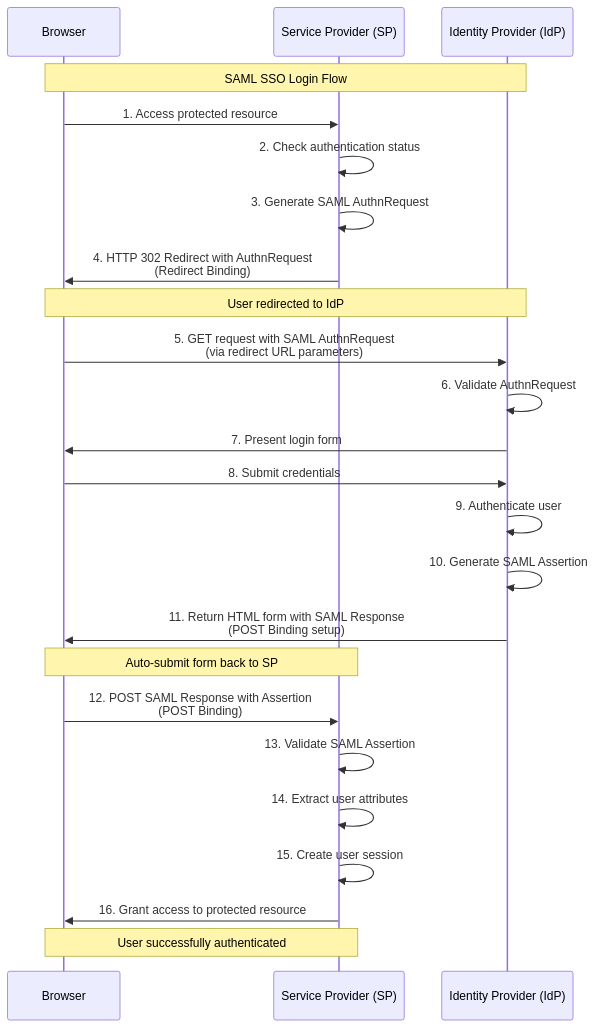
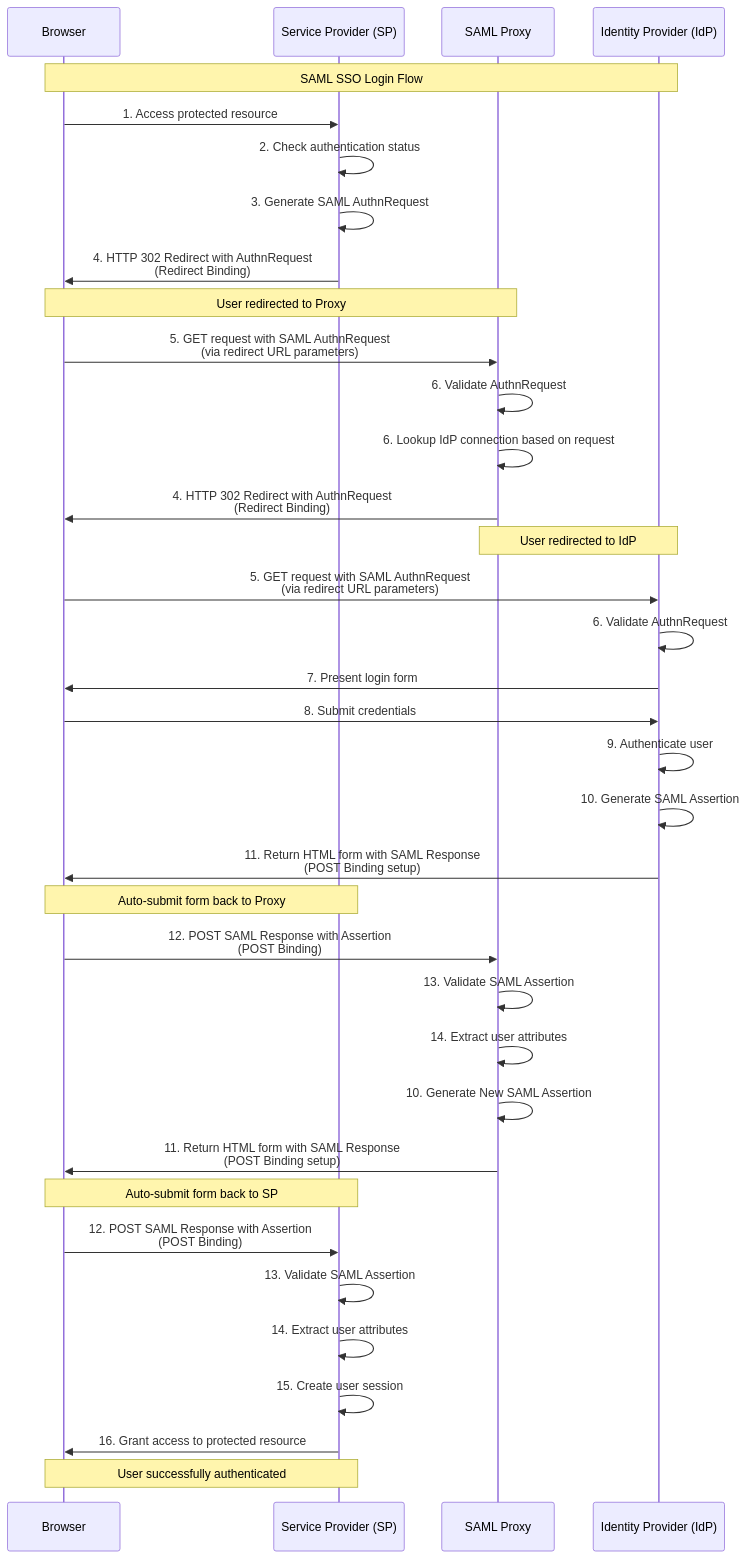
One commit to mikehadlow/samlproxy changed the diagram in README.md. Above: the diagram before and after it, drawn with Mermaid.

Commit message:
Modify interaction diagram for proxy flow

````diff
--- a/README.md
+++ b/README.md
@@ -6,33 +6,49 @@
 ```mermaid
 sequenceDiagram
     participant Browser
     participant SP as Service Provider (SP)
+    participant Proxy as SAML Proxy
     participant IdP as Identity Provider (IdP)
 
     Note over Browser,IdP: SAML SSO Login Flow
 
     Browser->>SP: 1. Access protected resource
     SP->>SP: 2. Check authentication status
     SP->>SP: 3. Generate SAML AuthnRequest
     SP->>Browser: 4. HTTP 302 Redirect with AuthnRequest<br/>(Redirect Binding)
 
-    Note over Browser,IdP: User redirected to IdP
+    Note over Browser,Proxy: User redirected to Proxy
+
+    Browser->>Proxy: 5. GET request with SAML AuthnRequest<br/>(via redirect URL parameters)
+    Proxy->>Proxy: 6. Validate AuthnRequest
+    Proxy->>Proxy: 6. Lookup IdP connection based on request
+    Proxy->>Browser: 4. HTTP 302 Redirect with AuthnRequest<br/>(Redirect Binding)
+
+    Note over Proxy,IdP: User redirected to IdP
 
     Browser->>IdP: 5. GET request with SAML AuthnRequest<br/>(via redirect URL parameters)
     IdP->>IdP: 6. Validate AuthnRequest
     IdP->>Browser: 7. Present login form
     Browser->>IdP: 8. Submit credentials
     IdP->>IdP: 9. Authenticate user
     IdP->>IdP: 10. Generate SAML Assertion
     IdP->>Browser: 11. Return HTML form with SAML Response<br/>(POST Binding setup)
+
+    Note over Browser,SP: Auto-submit form back to Proxy
+
+    Browser->>Proxy: 12. POST SAML Response with Assertion<br/>(POST Binding)
+    Proxy->>Proxy: 13. Validate SAML Assertion
+    Proxy->>Proxy: 14. Extract user attributes
+    Proxy->>Proxy: 10. Generate New SAML Assertion
+    Proxy->>Browser: 11. Return HTML form with SAML Response<br/>(POST Binding setup)
 
     Note over Browser,SP: Auto-submit form back to SP
 
     Browser->>SP: 12. POST SAML Response with Assertion<br/>(POST Binding)
     SP->>SP: 13. Validate SAML Assertion
     SP->>SP: 14. Extract user attributes
     SP->>SP: 15. Create user session
     SP->>Browser: 16. Grant access to protected resource
 
     Note over Browser,SP: User successfully authenticated
 ```
````
